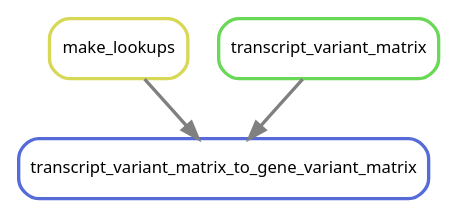
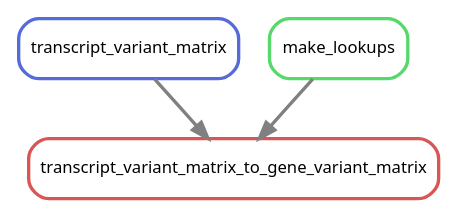
The diagram in doc/source/images/exome_variants.dot (NCBI-Hackathons/Pharmacogenomics_Prediction_Pipeline_P3), drawn with Graphviz before and after one commit. The commit also changed 25 other files, not shown here.

```diff
--- a/doc/source/images/exome_variants.dot
+++ b/doc/source/images/exome_variants.dot
@@ -1,10 +1,10 @@
 digraph snakemake_dag {
     graph[bgcolor=white, margin=0];
     node[shape=box, style=rounded, fontname=sans,                 fontsize=10, penwidth=2];
     edge[penwidth=2, color=grey];
-	0[label = "transcript_variant_matrix_to_gene_variant_matrix", color = "0.64 0.6 0.85", style="rounded"];
-	1[label = "make_lookups", color = "0.17 0.6 0.85", style="rounded"];
-	2[label = "transcript_variant_matrix", color = "0.31 0.6 0.85", style="rounded"];
+	0[label = "transcript_variant_matrix_to_gene_variant_matrix", color = "0.00 0.6 0.85", style="rounded"];
+	1[label = "transcript_variant_matrix", color = "0.64 0.6 0.85", style="rounded"];
+	2[label = "make_lookups", color = "0.36 0.6 0.85", style="rounded"];
 	1 -> 0
 	2 -> 0
 }            
```
